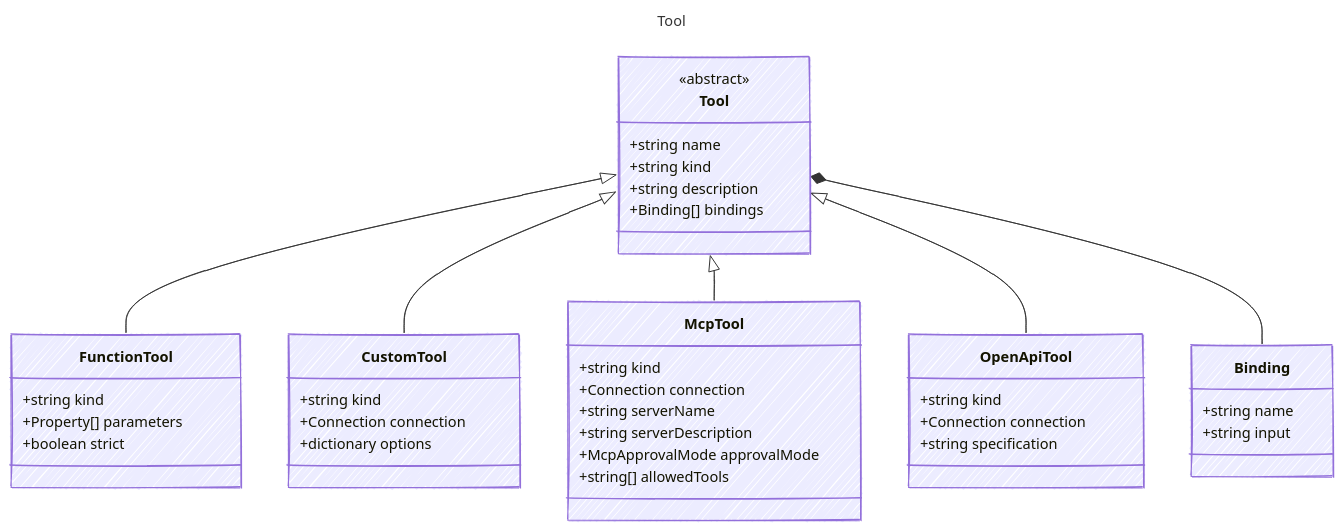
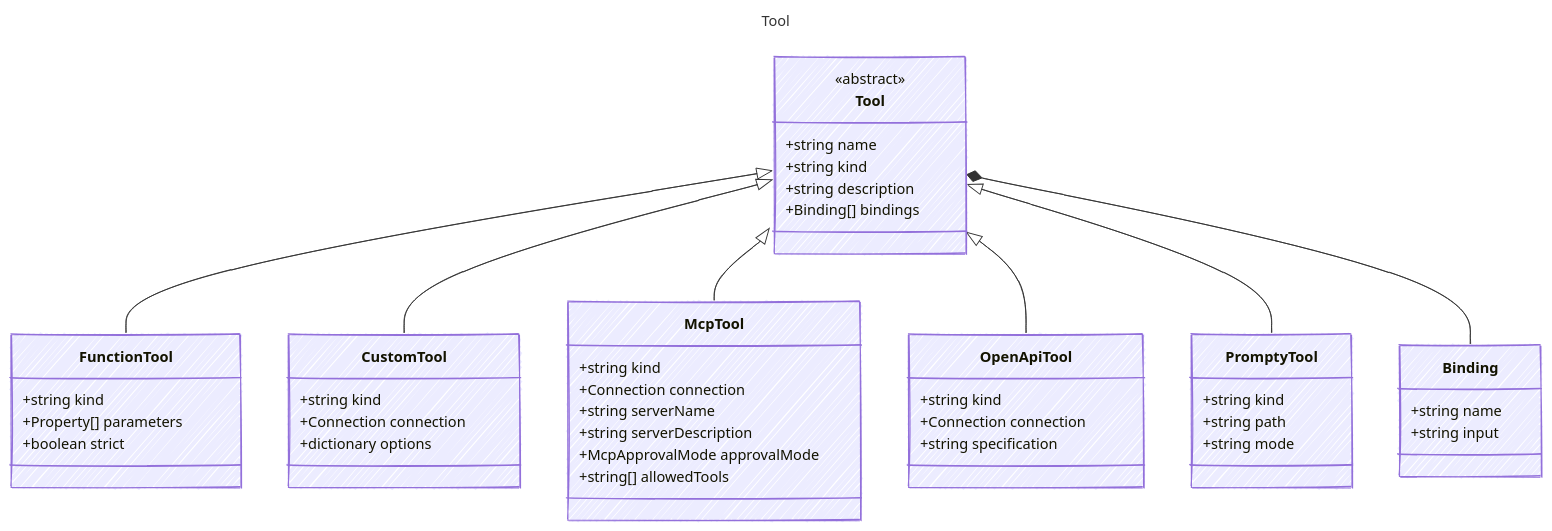
The diagram in web/src/content/docs/reference/Tool.md (microsoft/prompty), drawn with Mermaid before and after one commit. The commit also changed other lines of this file and 133 other files, not shown here.

````diff
--- a/web/src/content/docs/reference/Tool.md
+++ b/web/src/content/docs/reference/Tool.md
@@ -11,50 +11,56 @@
 ```mermaid
 ---
 title: Tool
 config:
   look: handDrawn
   theme: colorful
   class:
     hideEmptyMembersBox: true
 ---
 classDiagram
     class Tool {
       <<abstract>>
         +string name
         +string kind
         +string description
         +Binding[] bindings
     }
     class FunctionTool {
         +string kind
         +Property[] parameters
         +boolean strict
     }
     Tool <|-- FunctionTool
     class CustomTool {
         +string kind
         +Connection connection
         +dictionary options
     }
     Tool <|-- CustomTool
     class McpTool {
         +string kind
         +Connection connection
         +string serverName
         +string serverDescription
         +McpApprovalMode approvalMode
         +string[] allowedTools
     }
     Tool <|-- McpTool
     class OpenApiTool {
         +string kind
         +Connection connection
         +string specification
     }
     Tool <|-- OpenApiTool
+    class PromptyTool {
+        +string kind
+        +string path
+        +string mode
+    }
+    Tool <|-- PromptyTool
     class Binding {
         +string name
         +string input
     }
     Tool *-- Binding
 ```
````
